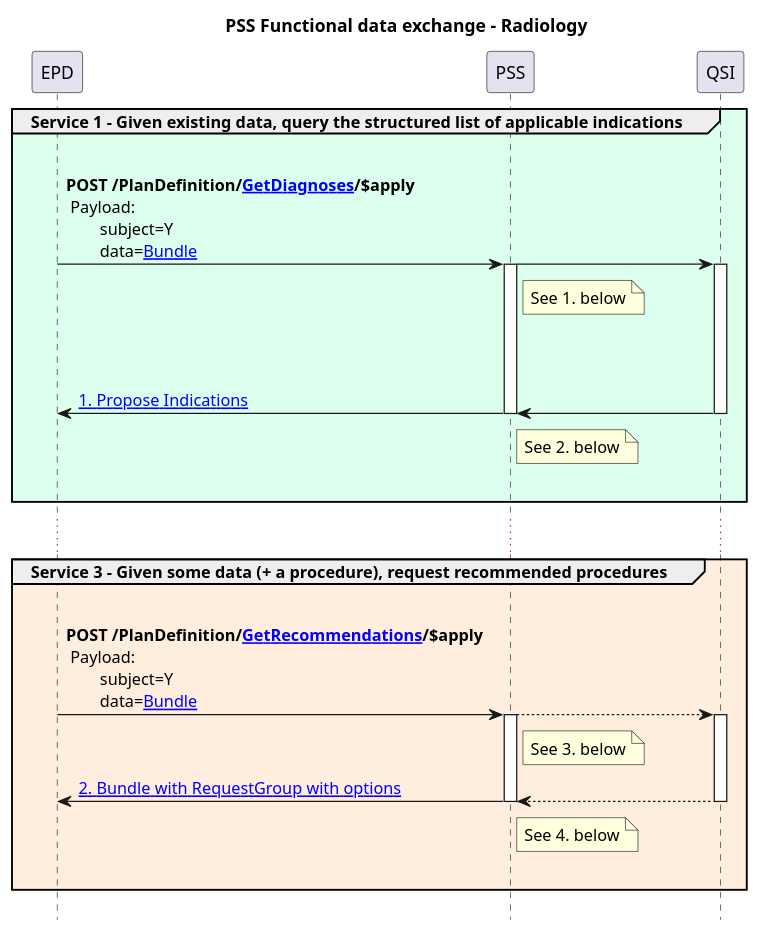
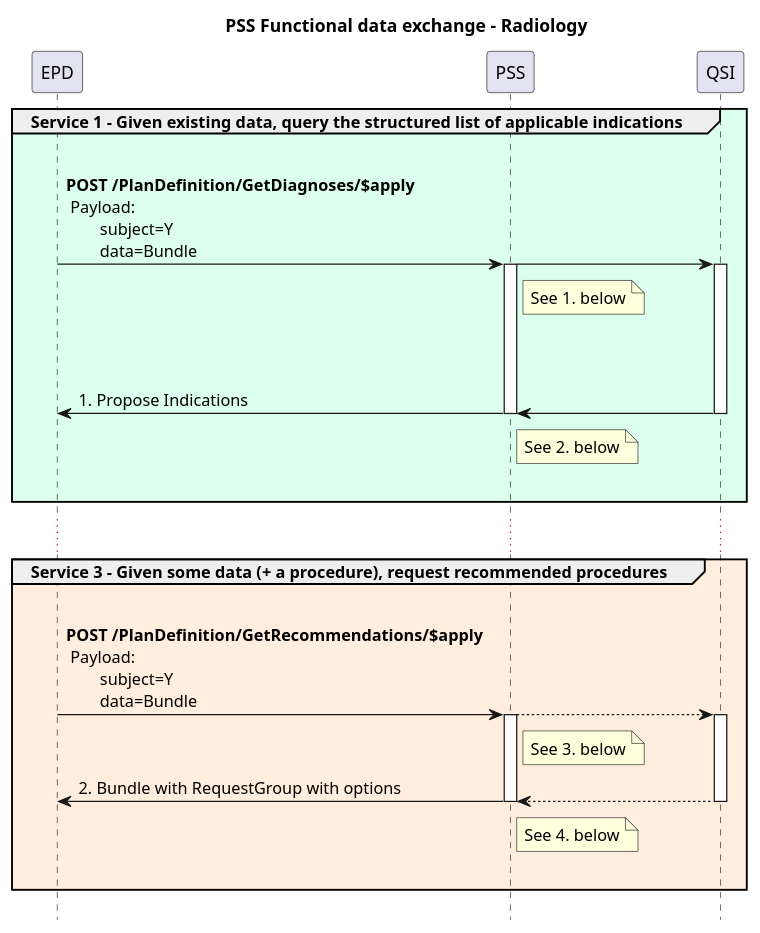
One commit to hl7-be/pss changed the diagram in input/images-source/pss-flow-radiology.plantuml. Above: the diagram before and after it, drawn with PlantUML. The commit also changed 21 other files, not shown here.

```diff
--- a/input/images-source/pss-flow-radiology.plantuml
+++ b/input/images-source/pss-flow-radiology.plantuml
@@ -1,60 +1,60 @@
 @startuml
 !pragma teoz true
 Title PSS Functional data exchange - Radiology
 hide footbox
 
 group #DFE Service 1 - Given existing data, query the structured list of applicable indications
-        EPD -> PSS : \n**POST /PlanDefinition/[[PlanDefinition-GetDiagnoses.html GetDiagnoses]]/$apply**\n Payload:\n        subject=Y\n        data=[[Bundle-getdiagnoses-data.html Bundle]]
+        EPD -> PSS : \n**POST /PlanDefinition/GetDiagnoses/$apply**\n Payload:\n        subject=Y\n        data=Bundle
         & PSS -> QSI 
         & PSS -[hidden]-> QSI : "                                      "
         'PSS -> QSI : GET /indications
         activate PSS
         activate QSI
 
         note right of PSS
 See 1. below
         end note
 
        |||
        ||| 
         QSI -> PSS 
-        & PSS -> EPD: [[Bundle-getdiagnoses-return.html 1. Propose Indications]]
+        & PSS -> EPD: 1. Propose Indications
 
         deactivate PSS
         deactivate QSI
 
 note right of PSS
 See 2. below
 end note
 
 
         |||
 end
 ...
 group #fed Service 3 - Given some data (+ a procedure), request recommended procedures
-        EPD -> PSS : \n**POST /PlanDefinition/[[PlanDefinition-GetRecommendations.html GetRecommendations]]/$apply**\n Payload:\n        subject=Y\n        data=[[Bundle-getrecommendations-data.html Bundle]]
+        EPD -> PSS : \n**POST /PlanDefinition/GetRecommendations/$apply**\n Payload:\n        subject=Y\n        data=Bundle
         & PSS --> QSI 
         & PSS -[hidden]-> QSI : "                                      "
 
         activate PSS
         activate QSI
 
 note right of PSS
 See 3. below
 end note
 
 
         QSI --> PSS 
-        & PSS -> EPD: [[Bundle-getrecommendations-return.html 2. Bundle with RequestGroup with options]]
+        & PSS -> EPD: 2. Bundle with RequestGroup with options
 
         deactivate PSS
         deactivate QSI
 
 note right of PSS
 See 4. below
 end note
 
         |||
 
 end
 @enduml
```
